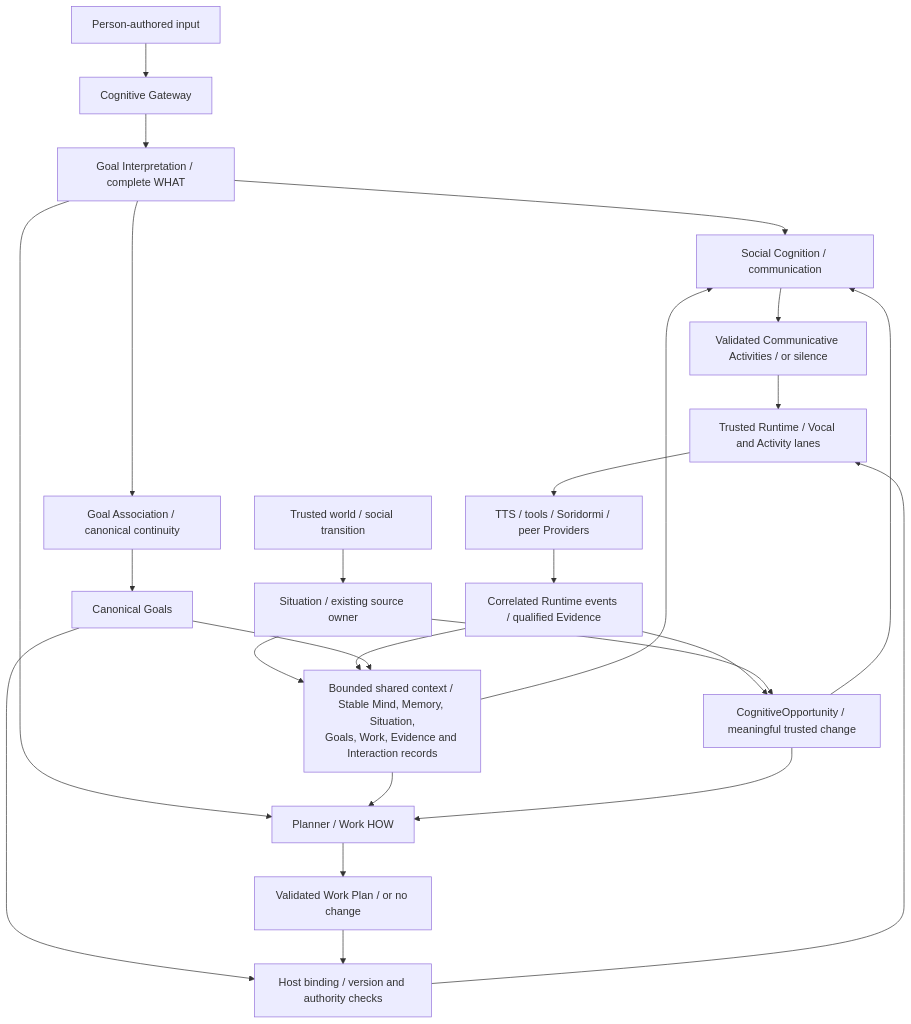
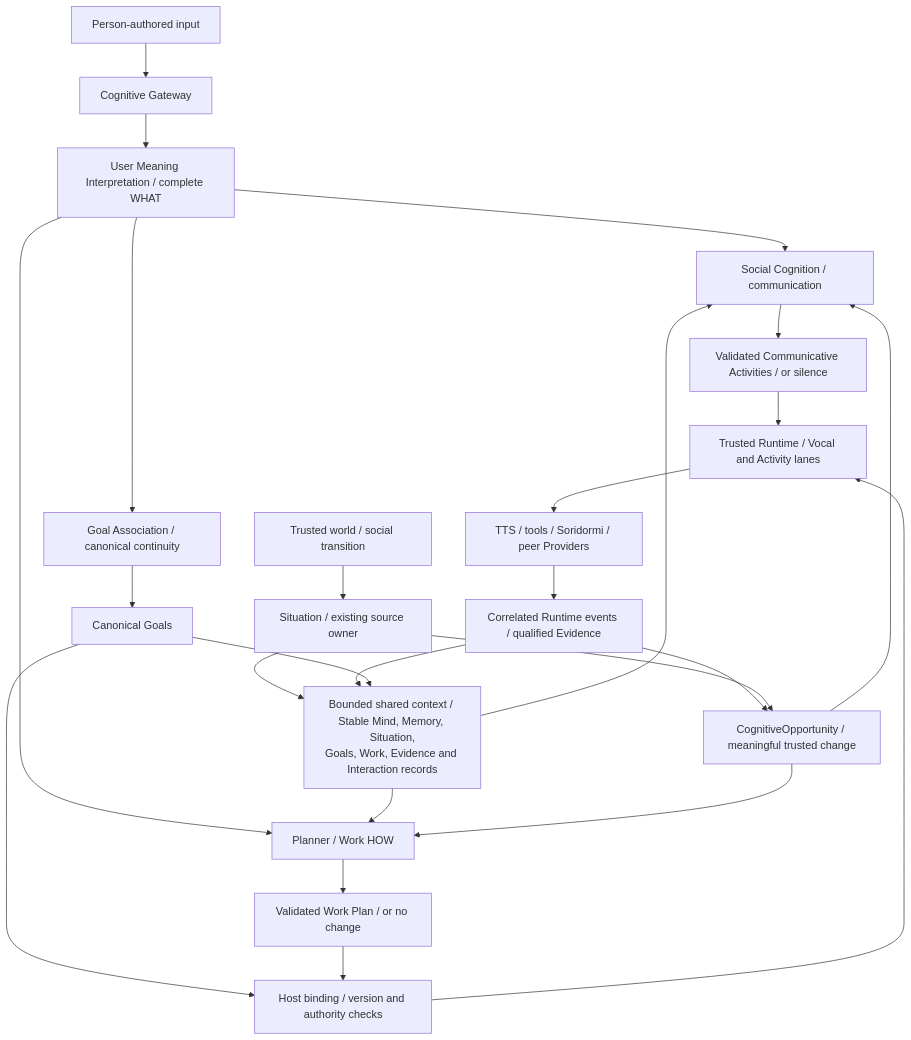
One commit to TimeTreker/chromie changed the first of 2 diagrams in docs/PROJECT_CHARTER.md. Above: the diagram before and after it, drawn with Mermaid. The commit also changed other lines of this file and 358 other files, not shown here.

Commit message:
refactor(cognition): establish user meaning and goal continuity boundaries

````diff
--- a/docs/PROJECT_CHARTER.md
+++ b/docs/PROJECT_CHARTER.md
@@ -443,27 +446,27 @@
 ```mermaid
 flowchart TD
     U["Person-authored input"] --> GW["Cognitive Gateway"]
-    GW --> GI["Goal Interpretation / complete WHAT"]
-    GI --> SC["Social Cognition / communication"]
-    GI --> P["Planner / Work HOW"]
-    GI --> GA["Goal Association / canonical continuity"]
+    GW --> UMI["User Meaning Interpretation / complete WHAT"]
+    UMI --> SC["Social Cognition / communication"]
+    UMI --> P["Planner / Work HOW"]
+    UMI --> GA["Goal Association / canonical continuity"]
     GA --> G["Canonical Goals"]
     WORLD["Trusted world / social transition"] --> SIT["Situation / existing source owner"]
     SIT --> ST
     ST["Bounded shared context / Stable Mind, Memory, Situation,<br/>Goals, Work, Evidence and Interaction records"] --> SC
     ST --> P
     SC --> CA["Validated Communicative Activities / or silence"]
     P --> WP["Validated Work Plan / or no change"]
     G --> B["Host binding / version and authority checks"]
     WP --> B
     CA --> RT["Trusted Runtime / Vocal and Activity lanes"]
     B --> RT
     RT --> PR["TTS / tools / Soridormi / peer Providers"]
     PR --> EV["Correlated Runtime events / qualified Evidence"]
     EV --> ST
     G --> ST
     EV --> O["CognitiveOpportunity / meaningful trusted change"]
     SIT --> O
     O --> SC
     O --> P
 ```
````
